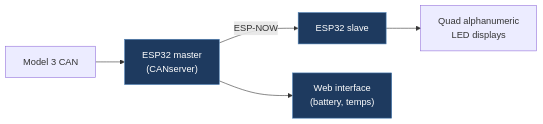
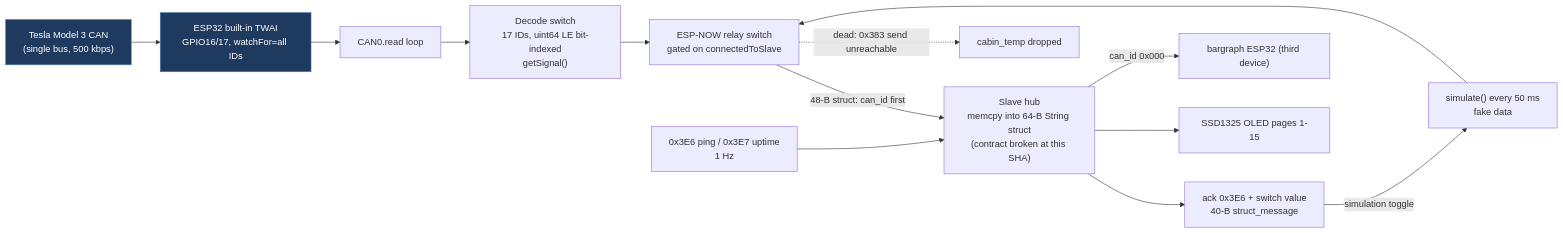
One commit to babico/TeslaCANModder changed the first of 2 diagrams in docs/legacy/rossklonowski-CANserver.md. Above: the diagram before and after it, drawn with Mermaid. The commit also changed other lines of this file and 99 other files, not shown here.

````diff
--- a/docs/legacy/rossklonowski-CANserver.md
+++ b/docs/legacy/rossklonowski-CANserver.md
@@ -19,9 +91,17 @@
 ```mermaid
 flowchart LR
-    Car["Model 3 CAN"] --> Master["ESP32 master<br/>(CANserver)"]
-    Master -->|ESP-NOW| Slave["ESP32 slave"]
-    Slave --> LED["Quad alphanumeric<br/>LED displays"]
-    Master --> Web["Web interface<br/>(battery, temps)"]
-    classDef path fill:#1e3a5f,stroke:#4a7fb5,color:#fff
-    class Master,Slave,Web path
+    Car["Tesla Model 3 CAN<br/>(single bus, 500 kbps)"] --> TWAI["ESP32 built-in TWAI<br/>GPIO16/17, watchFor=all IDs"]
+    TWAI --> Rx["CAN0.read loop"]
+    Rx --> Decode["Decode switch<br/>17 IDs, uint64 LE bit-indexed<br/>getSignal()"]
+    Decode --> Relay["ESP-NOW relay switch<br/>gated on connectedToSlave"]
+    Relay -->|"48-B struct: can_id first"| Slave["Slave hub<br/>memcpy into 64-B String struct<br/>(contract broken at this SHA)"]
+    Relay -.->|"dead: 0x383 send unreachable"| DeadX["cabin_temp dropped"]
+    Sim["simulate() every 50 ms<br/>fake data"] --> Relay
+    Ping["0x3E6 ping / 0x3E7 uptime<br/>1 Hz"] --> Slave
+    Slave --> Ack["ack 0x3E6 + switch value<br/>40-B struct_message"]
+    Ack -->|"simulation toggle"| Sim
+    Slave --> OLED["SSD1325 OLED pages 1-15"]
+    Slave -->|"can_id 0x000"| Bar["bargraph ESP32 (third device)"]
+    classDef vehicle fill:#1e3a5f,stroke:#4a7fb5,color:#fff
+    class Car,TWAI vehicle
 ```
````
